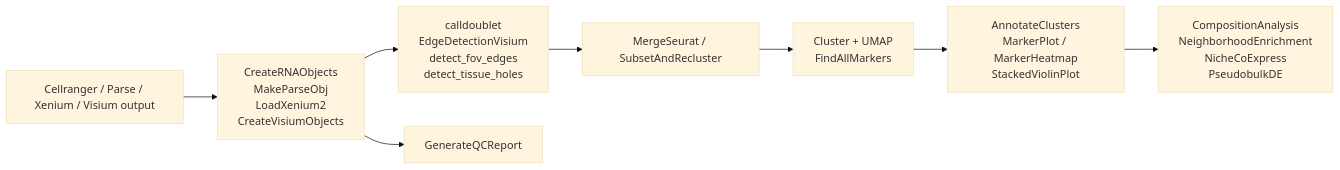
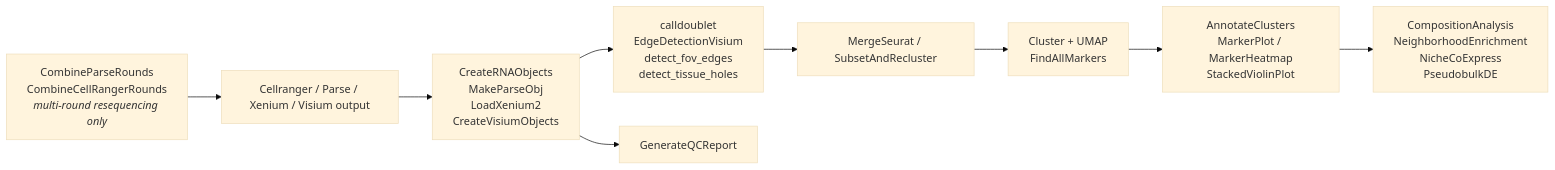
Before and after one commit to gevensen95/SingleCellTools: the diagram in README.md, drawn with Mermaid (base theme). The commit also changed other lines of this file and 29 other files, not shown here.

First line of the commit message:
Fix calldoublet doublet rate + pANN naming; add combine-rounds; unmask tests

````diff
--- a/README.md
+++ b/README.md
@@ -294,10 +296,11 @@
 ```mermaid
 flowchart LR
+    Z[CombineParseRounds<br/>CombineCellRangerRounds<br/><i>multi-round resequencing only</i>] --> A
     A[Cellranger / Parse / Xenium / Visium output] --> B[CreateRNAObjects<br/>MakeParseObj<br/>LoadXenium2<br/>CreateVisiumObjects]
     B --> C[calldoublet<br/>EdgeDetectionVisium<br/>detect_fov_edges<br/>detect_tissue_holes]
     B --> Q[GenerateQCReport]
     C --> D[MergeSeurat / SubsetAndRecluster]
     D --> E[Cluster + UMAP<br/>FindAllMarkers]
     E --> F[AnnotateClusters<br/>MarkerPlot / MarkerHeatmap<br/>StackedViolinPlot]
     F --> G[CompositionAnalysis<br/>NeighborhoodEnrichment<br/>NicheCoExpress<br/>PseudobulkDE]
 ```
````
